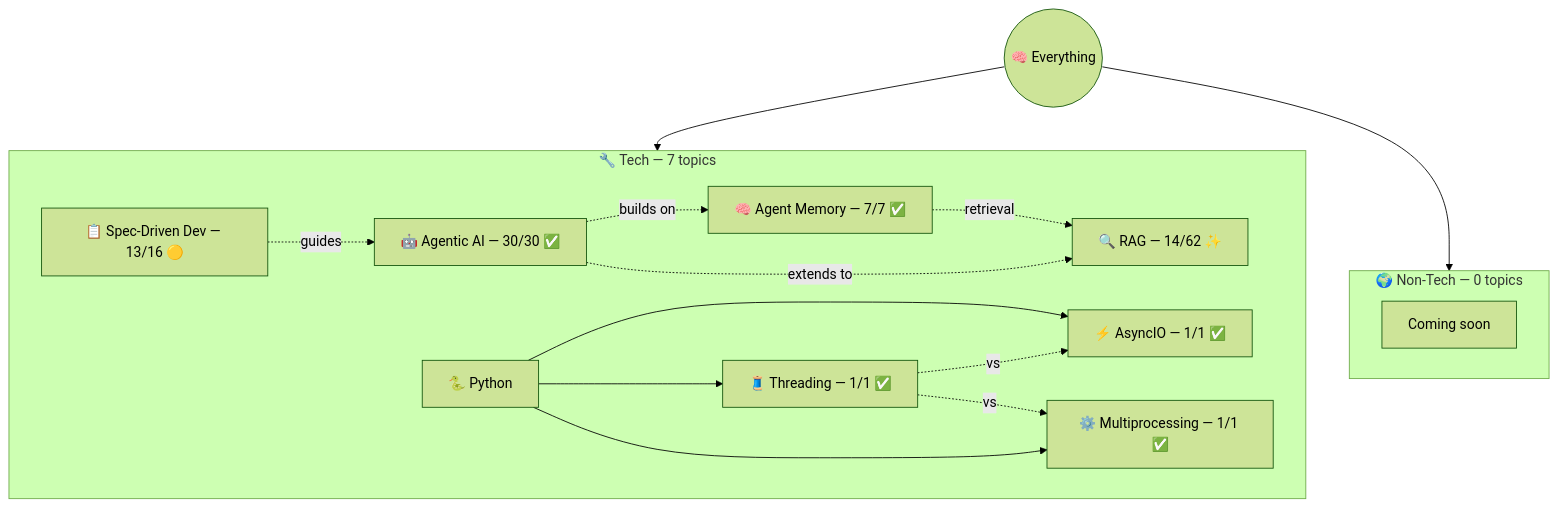
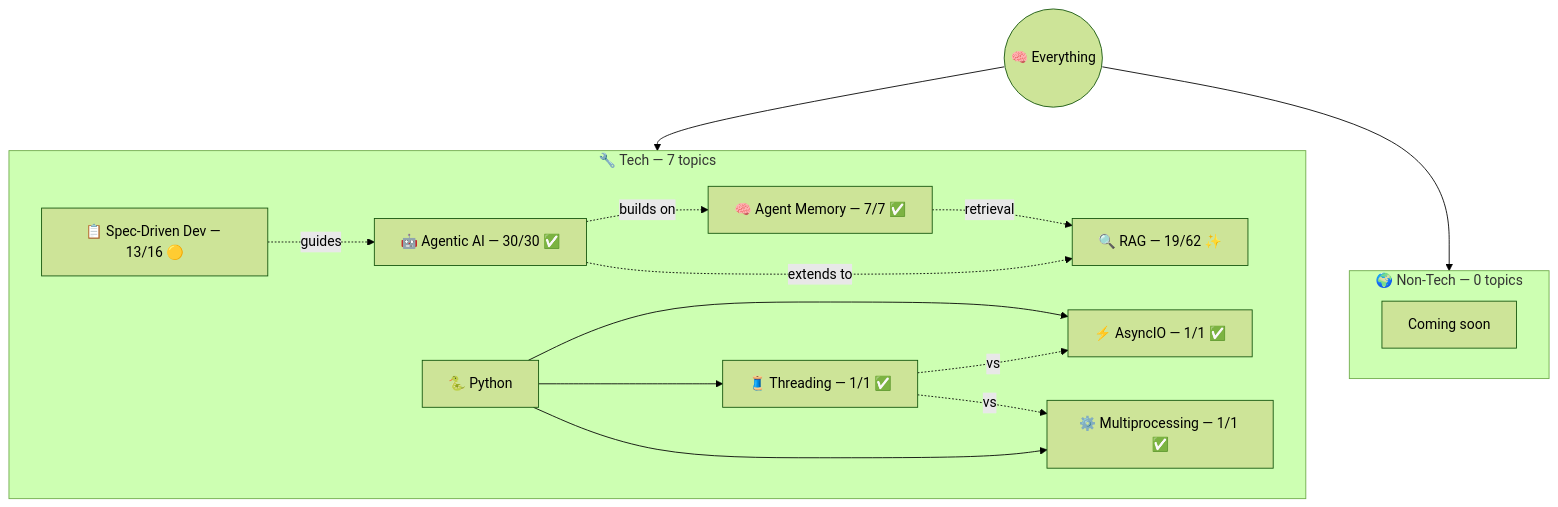
One commit to AyushSonuu/my-memory changed the diagram in _maps/everything.md. Above: the diagram before and after it, drawn with Mermaid (forest theme). The commit also changed other lines of this file and 300 other files, not shown here.

````diff
--- a/_maps/everything.md
+++ b/_maps/everything.md
@@ -5,28 +5,28 @@
 ```mermaid
 graph TB
     ROOT(("🧠 Everything"))
     
     subgraph TECH ["🔧 Tech — 7 topics"]
         AG["🤖 Agentic AI — 30/30 ✅"]
         AM["🧠 Agent Memory — 7/7 ✅"]
-        RAG["🔍 RAG — 14/62 ✨"]
+        RAG["🔍 RAG — 19/62 ✨"]
         SDD["📋 Spec-Driven Dev — 13/16 🟡"]
         PY["🐍 Python"]
         PY --> AIO["⚡ AsyncIO — 1/1 ✅"]
         PY --> THR["🧵 Threading — 1/1 ✅"]
         PY --> MP["⚙️ Multiprocessing — 1/1 ✅"]
         AG -.->|"builds on"| AM
         AM -.->|"retrieval"| RAG
         AG -.->|"extends to"| RAG
         SDD -.->|"guides"| AG
         THR -.->|"vs"| AIO
         THR -.->|"vs"| MP
     end
 
     subgraph NT ["🌍 Non-Tech — 0 topics"]
         NTE["Coming soon"]
     end
 
     ROOT --> TECH
     ROOT --> NT
 ```
````
